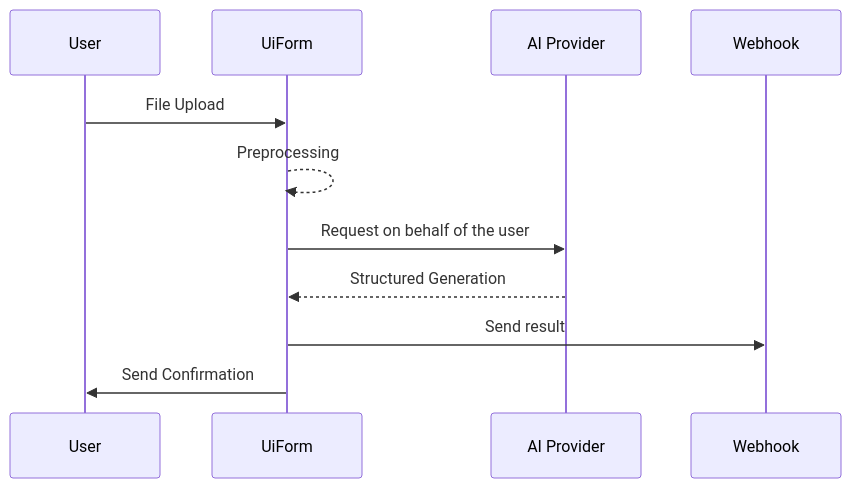
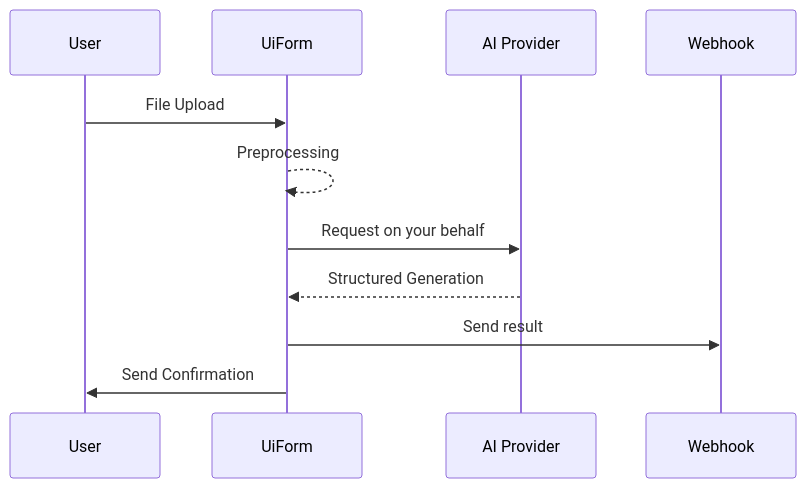
Before and after one commit to retab-dev/docs: the diagram in get-started/introduction.mdx, drawn with Mermaid. The commit also changed other lines of this file and 1 other file, not shown here.

````diff
--- a/get-started/introduction.mdx
+++ b/get-started/introduction.mdx
@@ -23,9 +23,9 @@
 ```mermaid
 sequenceDiagram
     User ->> UiForm: File Upload
     UiForm -->> UiForm: Preprocessing
-    UiForm ->> AI Provider: Request on behalf of the user
+    UiForm ->> AI Provider: Request on your behalf
     AI Provider -->> UiForm:  Structured Generation
     UiForm ->> Webhook: Send result
     UiForm ->> User: Send Confirmation
 ```
````
